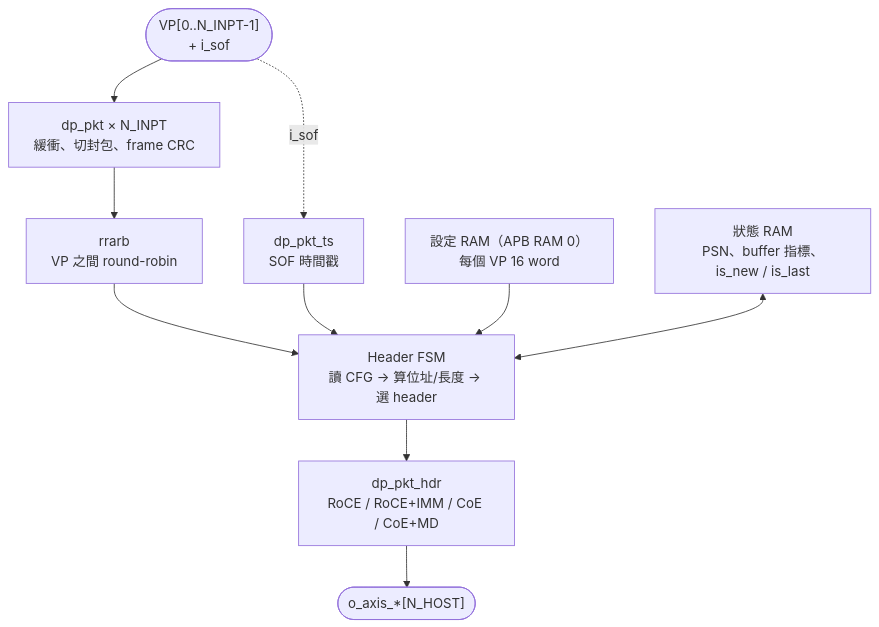
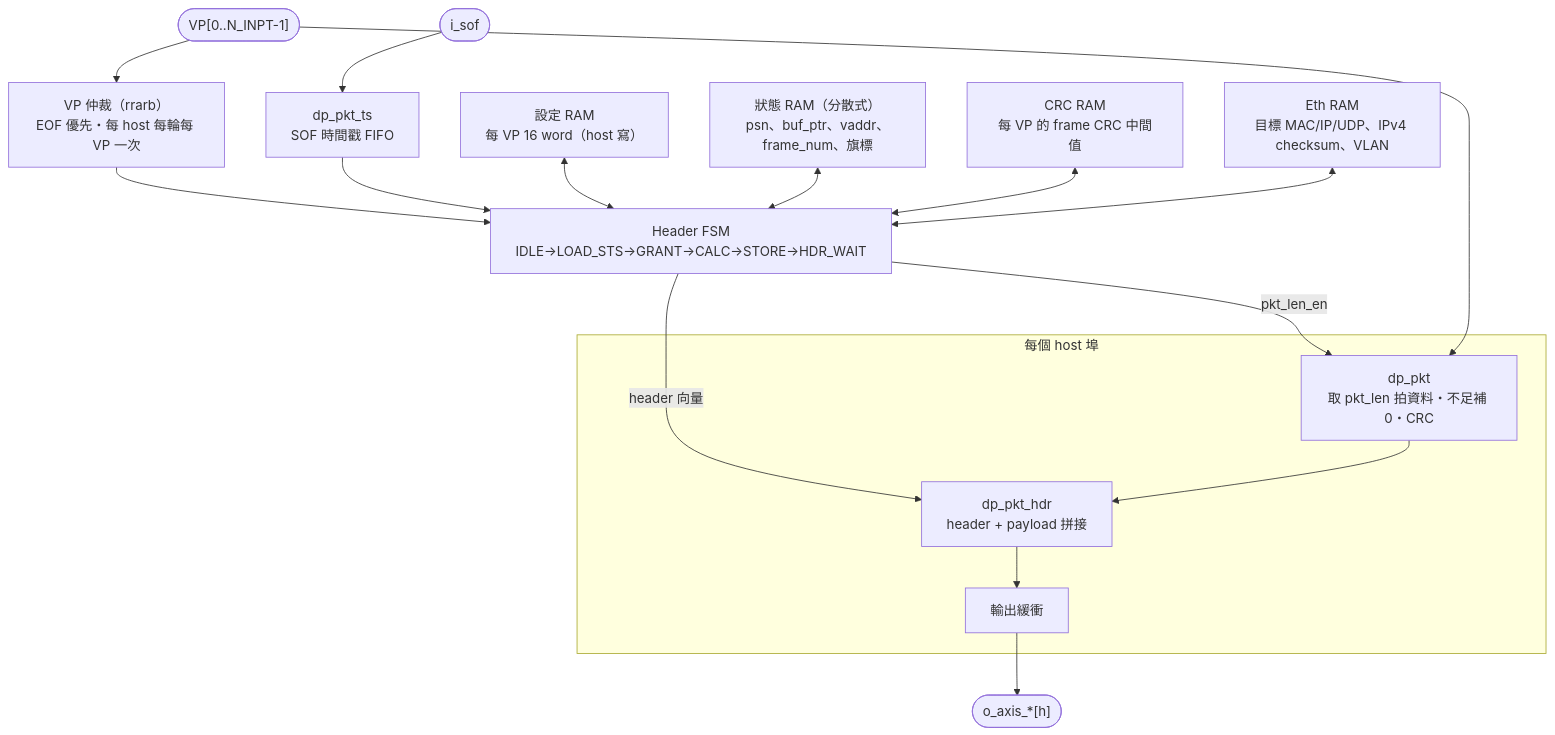
The diagram in docs/modules/dp_pkt_top.md (blue31606/hsb-ana), drawn with Mermaid before and after one commit. The commit also changed other lines of this file and 26 other files, not shown here.

````diff
--- a/docs/modules/dp_pkt_top.md
+++ b/docs/modules/dp_pkt_top.md
@@ -33,17 +52,25 @@
 ```mermaid
 flowchart TB
-  IN(["VP[0..N_INPT-1]<br/>+ i_sof"])
-  DP["dp_pkt × N_INPT<br/>緩衝、切封包、frame CRC"]
-  TS["dp_pkt_ts<br/>SOF 時間戳"]
-  ARB["rrarb<br/>VP 之間 round-robin"]
-  CFG["設定 RAM（APB RAM 0）<br/>每個 VP 16 word"]
-  STS["狀態 RAM<br/>PSN、buffer 指標、is_new / is_last"]
-  FSM["Header FSM<br/>讀 CFG → 算位址/長度 → 選 header"]
-  HDR["dp_pkt_hdr<br/>RoCE / RoCE+IMM / CoE / CoE+MD"]
-  OUT(["o_axis_*[N_HOST]"])
-  IN --> DP --> ARB --> FSM
-  IN -. "i_sof" .-> TS --> FSM
-  CFG --> FSM
-  STS <--> FSM
-  FSM --> HDR --> OUT
+  VP(["VP[0..N_INPT-1]"])
+  SOF(["i_sof"])
+  ARB["VP 仲裁（rrarb）<br/>EOF 優先・每 host 每輪每 VP 一次"]
+  FSM["Header FSM<br/>IDLE→LOAD_STS→GRANT→CALC→STORE→HDR_WAIT"]
+  CFG["設定 RAM<br/>每 VP 16 word（host 寫）"]
+  STS["狀態 RAM（分散式）<br/>psn、buf_ptr、vaddr、frame_num、旗標"]
+  CRC["CRC RAM<br/>每 VP 的 frame CRC 中間值"]
+  ETH["Eth RAM<br/>目標 MAC/IP/UDP、IPv4 checksum、VLAN"]
+  TS["dp_pkt_ts<br/>SOF 時間戳 FIFO"]
+  subgraph PH["每個 host 埠"]
+    DP["dp_pkt<br/>取 pkt_len 拍資料・不足補 0・CRC"]
+    HDR["dp_pkt_hdr<br/>header + payload 拼接"]
+    BUF["輸出緩衝"]
+  end
+  OUT(["o_axis_*[h]"])
+  VP --> ARB --> FSM
+  SOF --> TS --> FSM
+  CFG & STS & CRC & ETH <--> FSM
+  FSM -- "pkt_len_en" --> DP
+  VP --> DP
+  FSM -- "header 向量" --> HDR
+  DP --> HDR --> BUF --> OUT
 ```
````
